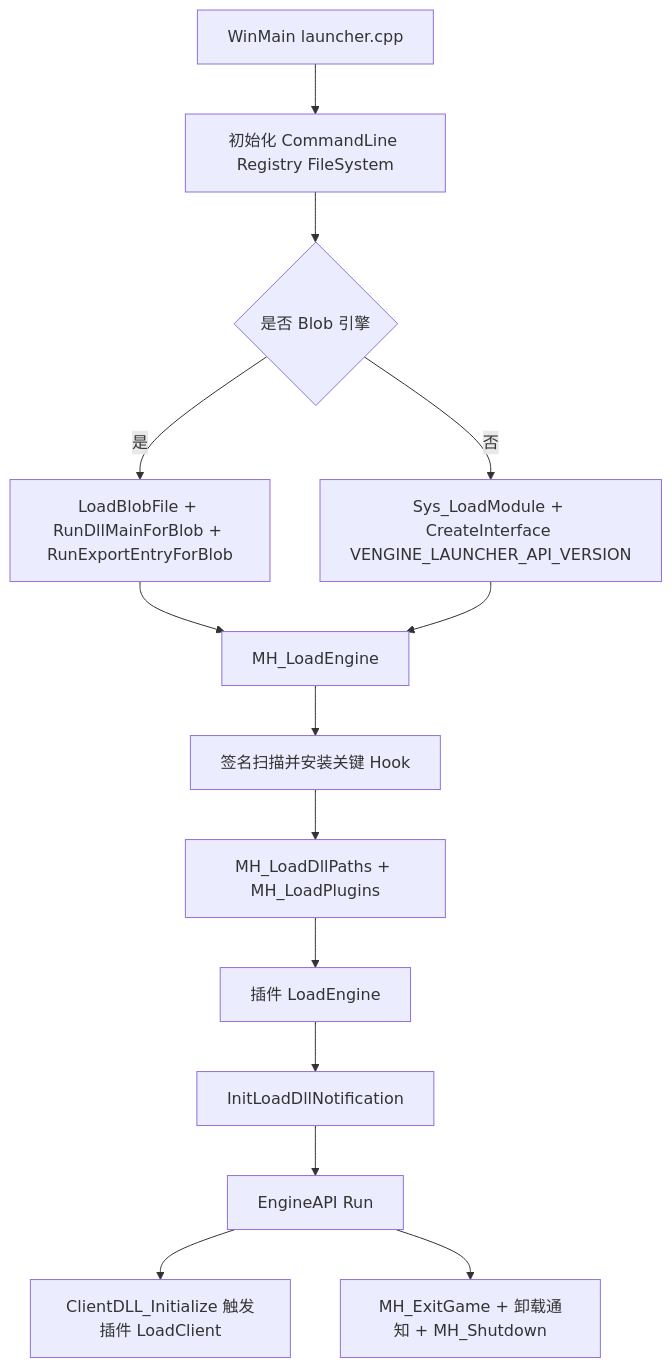
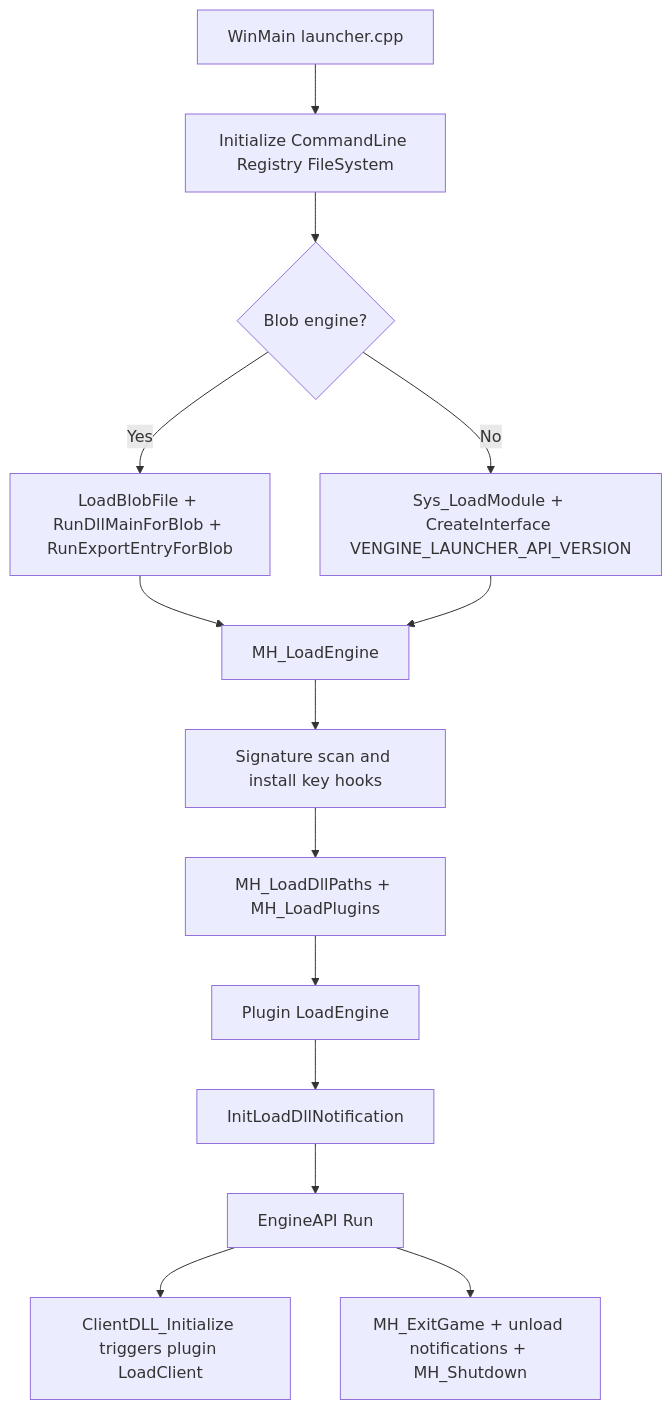
Before and after one commit to hzqst/MetaHookSv: the diagram in memory/MetaHook.md, drawn with Mermaid. The commit also changed other lines of this file and 47 other files, not shown here.

````diff
--- a/memory/MetaHook.md
+++ b/memory/MetaHook.md
@@ -39,30 +39,30 @@
 ```mermaid
 flowchart TD
   A[WinMain launcher.cpp]
-  B[初始化 CommandLine Registry FileSystem]
-  C{是否 Blob 引擎}
+  B[Initialize CommandLine Registry FileSystem]
+  C{Blob engine?}
   D[LoadBlobFile + RunDllMainForBlob + RunExportEntryForBlob]
   E[Sys_LoadModule + CreateInterface VENGINE_LAUNCHER_API_VERSION]
   F[MH_LoadEngine]
-  G[签名扫描并安装关键 Hook]
+  G[Signature scan and install key hooks]
   H[MH_LoadDllPaths + MH_LoadPlugins]
-  I[插件 LoadEngine]
+  I[Plugin LoadEngine]
   J[InitLoadDllNotification]
   K[EngineAPI Run]
-  L[ClientDLL_Initialize 触发插件 LoadClient]
-  M[MH_ExitGame + 卸载通知 + MH_Shutdown]
+  L[ClientDLL_Initialize triggers plugin LoadClient]
+  M[MH_ExitGame + unload notifications + MH_Shutdown]
 
   A --> B
   B --> C
-  C -->|是| D
-  C -->|否| E
+  C -->|Yes| D
+  C -->|No| E
   D --> F
   E --> F
   F --> G
   G --> H
   H --> I
   I --> J
   J --> K
   K --> L
   K --> M
 ```
````
